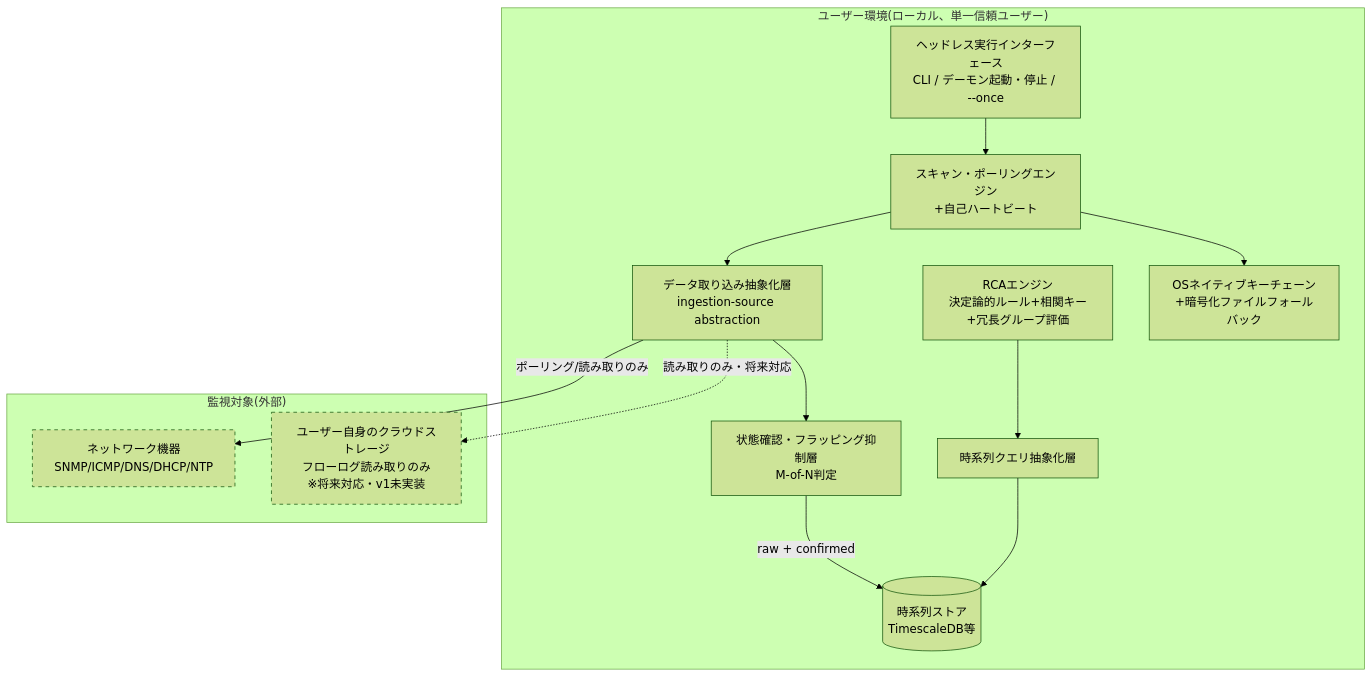
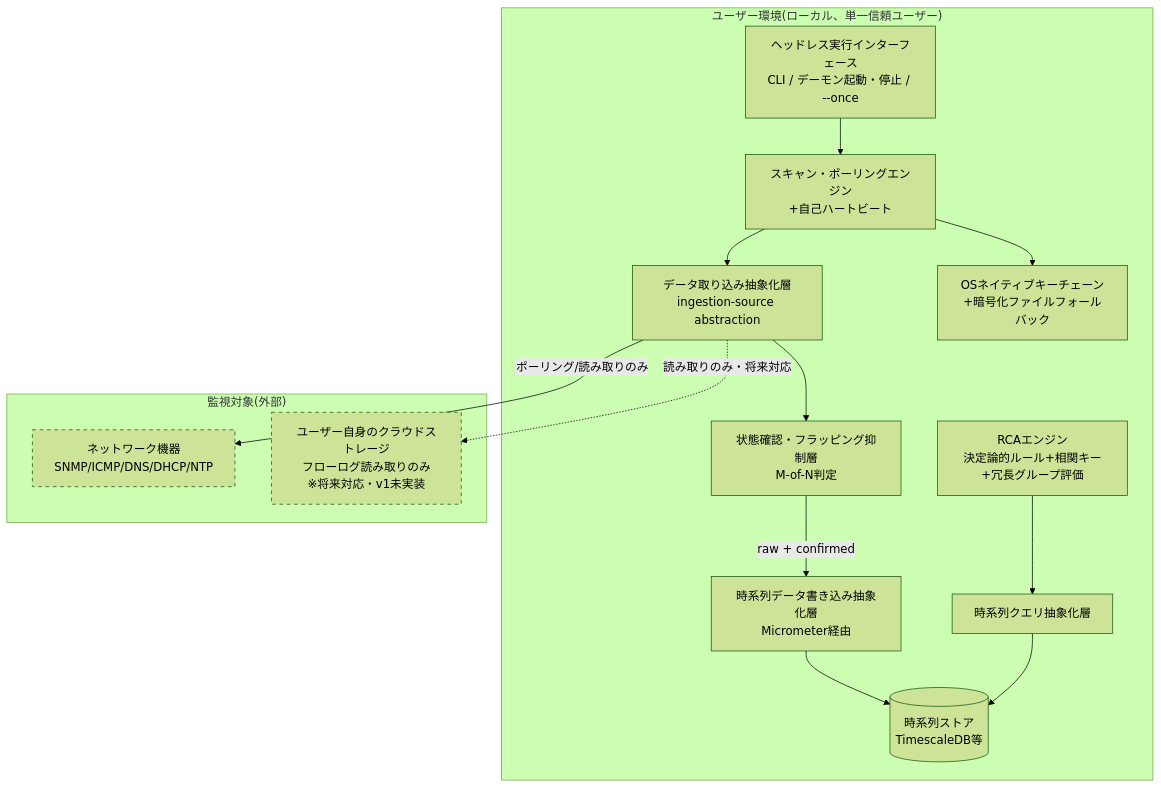
The diagram in docs/docs/システム設計/システム方式設計書.md (Haruyuzuriha/Myaku), drawn with Mermaid (forest theme) before and after one commit. The commit also changed other lines of this file, not shown here.

````diff
--- a/docs/docs/システム設計/システム方式設計書.md
+++ b/docs/docs/システム設計/システム方式設計書.md
@@ -74,31 +80,33 @@
 ```mermaid
 graph TB
     subgraph "ユーザー環境(ローカル、単一信頼ユーザー)"
         UI[ヘッドレス実行インターフェース<br/>CLI / デーモン起動・停止 / --once]
         Engine[スキャン・ポーリングエンジン<br/>+自己ハートビート]
         StateConfirm[状態確認・フラッピング抑制層<br/>M-of-N判定]
         RCA[RCAエンジン<br/>決定論的ルール+相関キー+冗長グループ評価]
         Ingest[データ取り込み抽象化層<br/>ingestion-source abstraction]
+        WriteAbs[時系列データ書き込み抽象化層<br/>Micrometer経由]
         QueryAbs[時系列クエリ抽象化層]
         TSDB[(時系列ストア<br/>TimescaleDB等)]
         Keychain[OSネイティブキーチェーン<br/>+暗号化ファイルフォールバック]
     end
 
     subgraph "監視対象(外部)"
         Net[ネットワーク機器<br/>SNMP/ICMP/DNS/DHCP/NTP]
         Cloud[ユーザー自身のクラウドストレージ<br/>フローログ読み取りのみ<br/>※将来対応・v1未実装]
     end
 
     UI --> Engine
     Engine --> Ingest
     Ingest -->|ポーリング/読み取りのみ| Net
     Ingest -.->|読み取りのみ・将来対応| Cloud
     Ingest --> StateConfirm
-    StateConfirm -->|raw + confirmed| TSDB
+    StateConfirm -->|raw + confirmed| WriteAbs
+    WriteAbs --> TSDB
     QueryAbs --> TSDB
     RCA --> QueryAbs
     Engine --> Keychain
 
     style Cloud stroke-dasharray: 5 5
     style Net stroke-dasharray: 5 5
 ```
````
